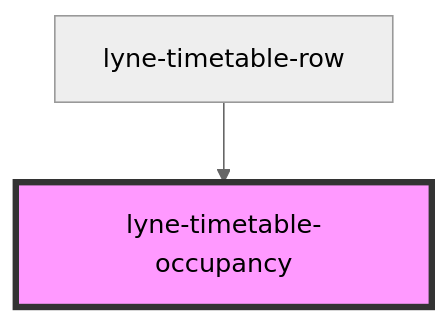
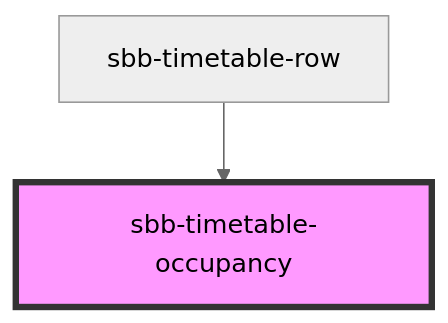
The diagram in src/components/sbb-timetable-occupancy/readme.md (sbb-design-systems/lyne-components), drawn with Mermaid (neutral theme) before and after one commit. The commit also changed other lines of this file and 348 other files, not shown here.

Commit message:
refactor: 'lyne' prefix renamed to 'sbb'

````diff
--- a/src/components/sbb-timetable-occupancy/readme.md
+++ b/src/components/sbb-timetable-occupancy/readme.md
@@ -23,5 +23,5 @@
 ```mermaid
 graph TD;
-  lyne-timetable-row --> lyne-timetable-occupancy
-  style lyne-timetable-occupancy fill:#f9f,stroke:#333,stroke-width:4px
+  sbb-timetable-row --> sbb-timetable-occupancy
+  style sbb-timetable-occupancy fill:#f9f,stroke:#333,stroke-width:4px
 ```
````
